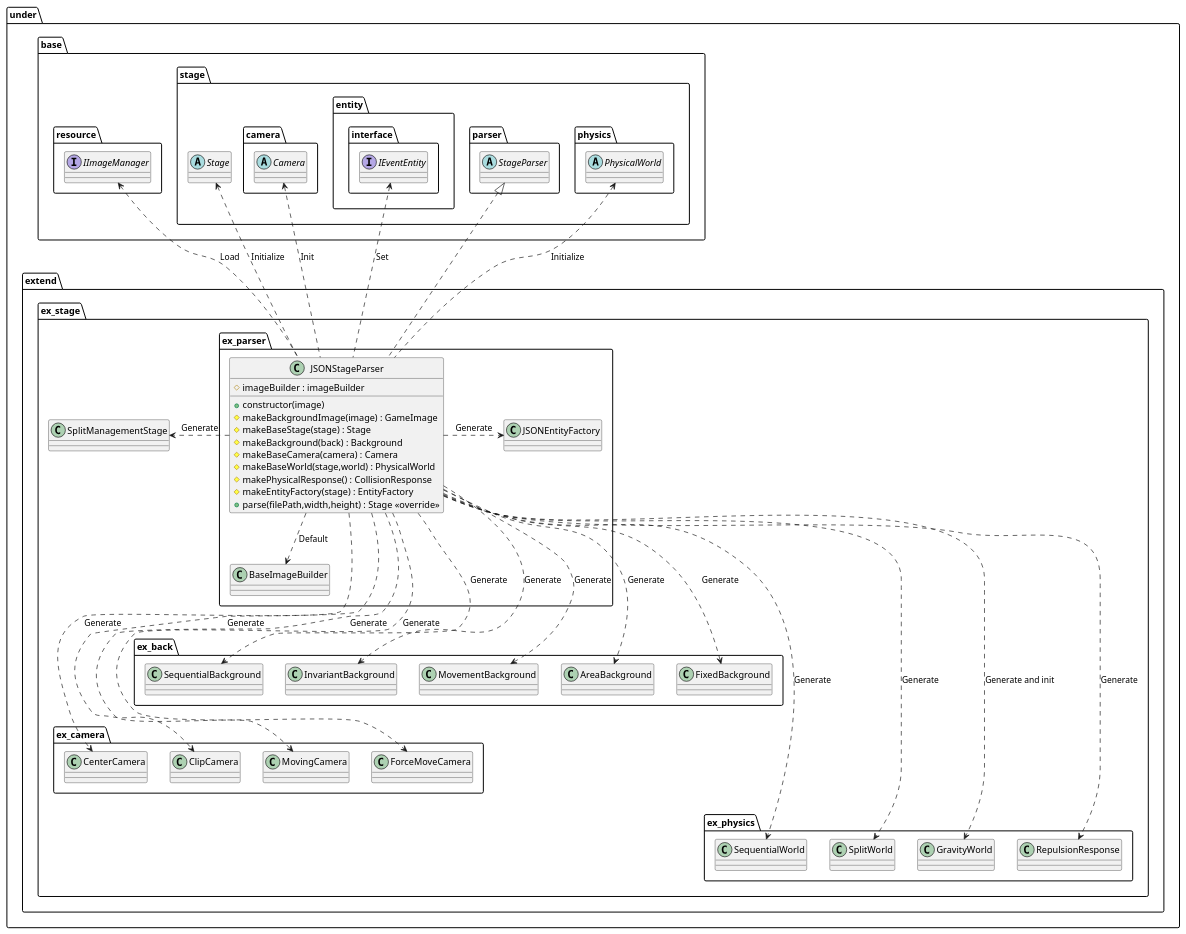
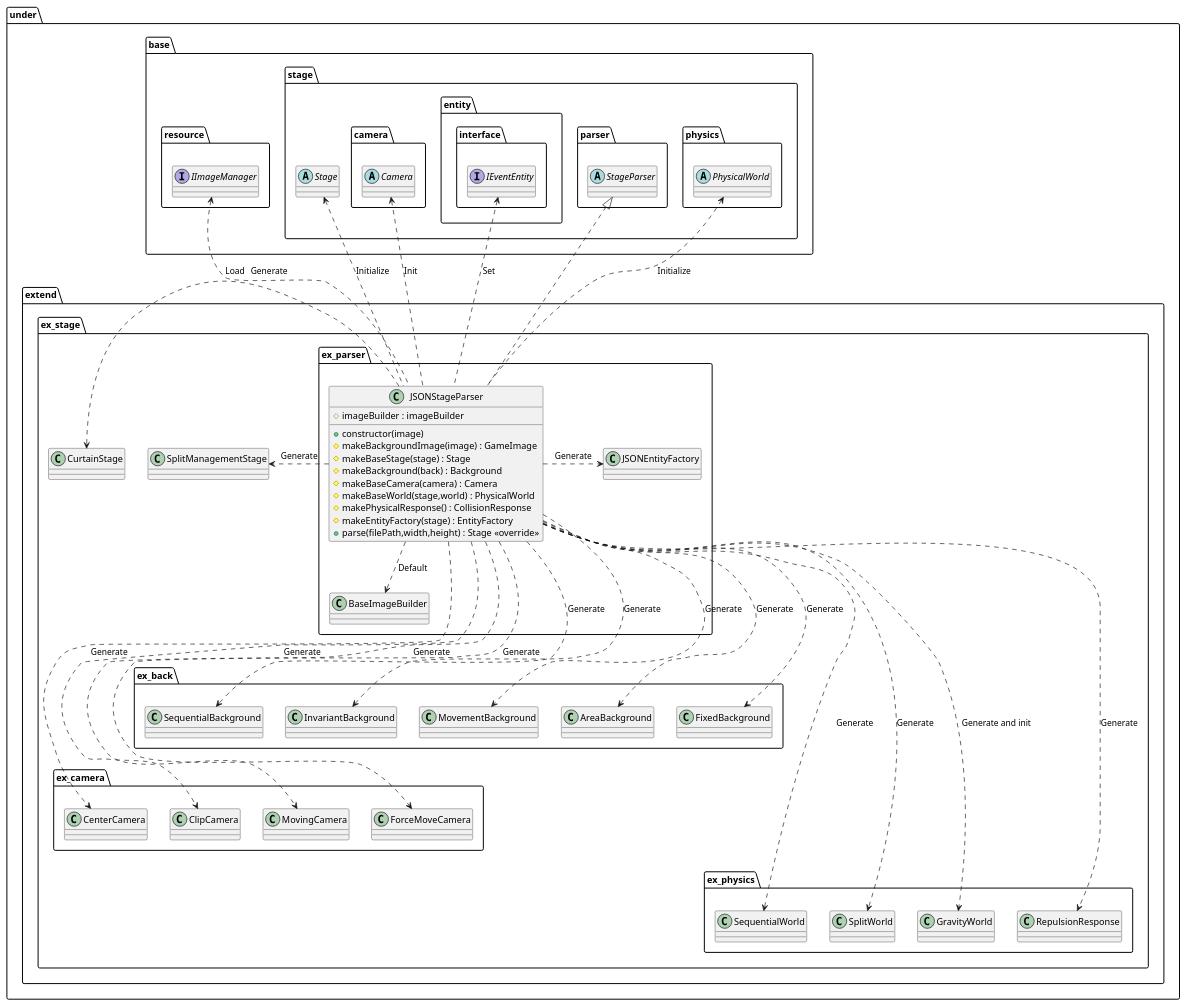
The diagram in uml/parser/JSON.wsd (Expine/Under), drawn with PlantUML before and after one commit. The commit also changed 23 other files, not shown here.

```diff
--- a/uml/parser/JSON.wsd
+++ b/uml/parser/JSON.wsd
@@ -1,107 +1,109 @@
 @startuml ParserJSON
 
 package under {
     package extend {
         package ex_stage {
             package ex_parser {
                 class JSONStageParser {
                     +constructor(image)
                     #imageBuilder : imageBuilder
                     #makeBackgroundImage(image) : GameImage
                     #makeBaseStage(stage) : Stage
                     #makeBackground(back) : Background
                     #makeBaseCamera(camera) : Camera
                     #makeBaseWorld(stage,world) : PhysicalWorld
                     #makePhysicalResponse() : CollisionResponse
                     #makeEntityFactory(stage) : EntityFactory
                     +parse(filePath,width,height) : Stage <<override>>
                 }
             }
         }
     }
 }
 
 package under {
     package base {
         package resource {
             interface IImageManager
         }
         package stage {
             abstract Stage
             package camera {
                 abstract Camera
             }
             package entity {
                 package interface {
                     interface IEventEntity
                 }
             }
             package parser {
                 abstract StageParser
             }
             package physics {
                 abstract PhysicalWorld
             }
         }
     }
     package extend {
         package ex_stage {
             class SplitManagementStage
+            class CurtainStage
             package ex_parser {
                 class BaseImageBuilder
                 class JSONEntityFactory
             }
             package ex_camera {
                 class CenterCamera
                 class ClipCamera
                 class MovingCamera
                 class ForceMoveCamera
             }
             package ex_back {
                 class SequentialBackground
                 class InvariantBackground
                 class MovementBackground
                 class AreaBackground
                 class FixedBackground
             }
             package ex_physics {
                 class SequentialWorld
                 class SplitWorld
                 class GravityWorld
                 class RepulsionResponse
             }
         }
 
     }
 }
 
 JSONStageParser .> SplitManagementStage : Generate
+JSONStageParser .> CurtainStage : Generate
 JSONStageParser .> JSONEntityFactory : Generate
 
 JSONStageParser ...> SequentialBackground : Generate
 JSONStageParser ...> InvariantBackground : Generate
 JSONStageParser ...> MovementBackground : Generate
 JSONStageParser ...> AreaBackground : Generate
 JSONStageParser ...> FixedBackground : Generate
 
 JSONStageParser ....> CenterCamera : Generate
 JSONStageParser ....> ClipCamera : Generate
 JSONStageParser ....> MovingCamera : Generate
 JSONStageParser ....> ForceMoveCamera : Generate
 
 JSONStageParser .....> SequentialWorld : Generate
 JSONStageParser .....> SplitWorld : Generate
 JSONStageParser .....> GravityWorld : Generate and init
 JSONStageParser .....> RepulsionResponse : Generate
 
 IImageManager <..  JSONStageParser: Load
 Stage <..  JSONStageParser: Initialize
 PhysicalWorld <..  JSONStageParser: Initialize
 IEventEntity <.. JSONStageParser : Set
 Camera <.. JSONStageParser : Init
 
 JSONStageParser ..> BaseImageBuilder : Default
 
 StageParser <|.. JSONStageParser
 
 @enduml
```
